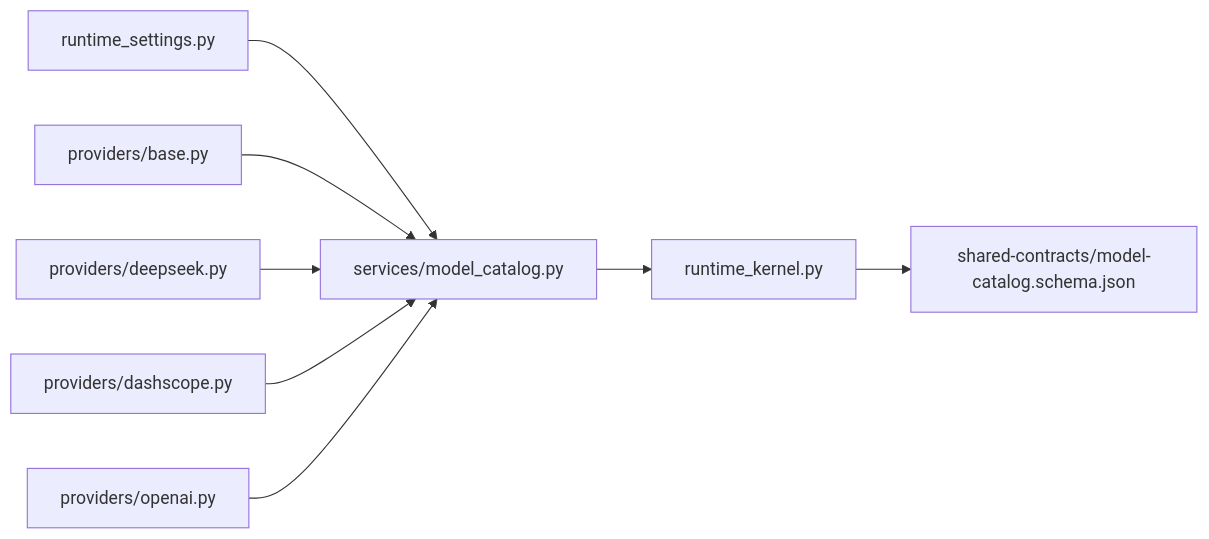
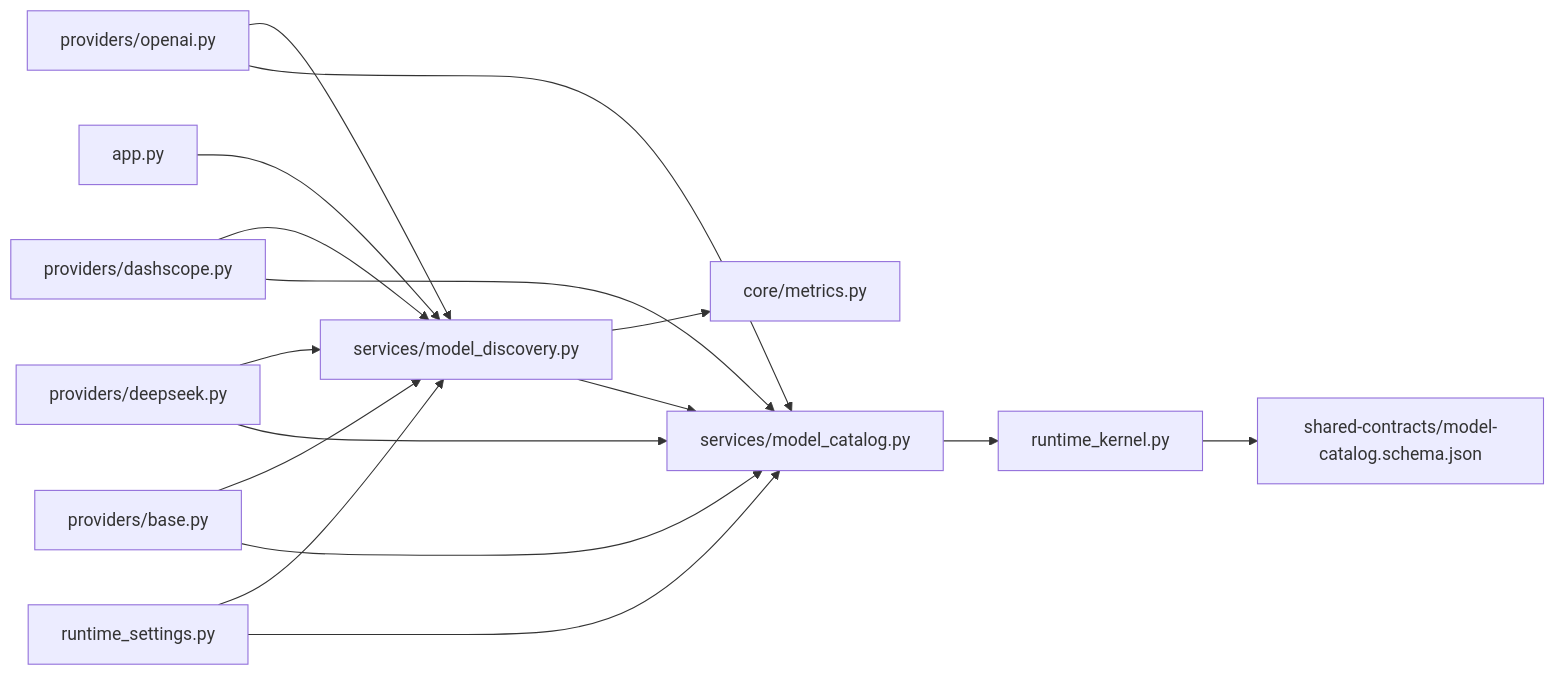
Before and after one commit to metasync/luban-aiops: the eighth of 8 diagrams in .qoder/repowiki/en/content/Architecture Documentation/SPEC-026_ Multi-Model Runtime Catalog.md, drawn with Mermaid. The commit also changed other lines of this file and 7 other files, not shown here.

````diff
--- a/.qoder/repowiki/en/content/Architecture Documentation/SPEC-026_ Multi-Model Runtime Catalog.md
+++ b/.qoder/repowiki/en/content/Architecture Documentation/SPEC-026_ Multi-Model Runtime Catalog.md
@@ -300,10 +439,18 @@
 ```mermaid
 graph LR
 settings["runtime_settings.py"] --> catalog["services/model_catalog.py"]
+settings --> discovery["services/model_discovery.py"]
 base["providers/base.py"] --> catalog
+base --> discovery
 deepseek["providers/deepseek.py"] --> catalog
+deepseek --> discovery
 dashscope["providers/dashscope.py"] --> catalog
+dashscope --> discovery
 openai["providers/openai.py"] --> catalog
+openai --> discovery
+discovery --> catalog
 catalog --> kernel["runtime_kernel.py"]
 kernel --> schema["shared-contracts/model-catalog.schema.json"]
+app["app.py"] --> discovery
+discovery --> metrics["core/metrics.py"]
 ```
````
